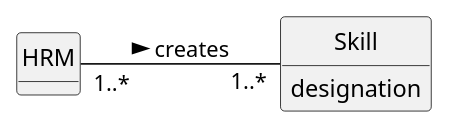
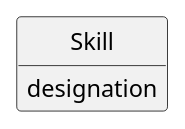
Before and after one commit to ricardomm7/leaflink: the diagram in docs/sprintB/us001/02.analysis/puml/us001-domain-model.puml, drawn with PlantUML. The commit also changed 7 other files, not shown here.

```diff
--- a/docs/sprintB/us001/02.analysis/puml/us001-domain-model.puml
+++ b/docs/sprintB/us001/02.analysis/puml/us001-domain-model.puml
@@ -1,21 +1,18 @@
 @startuml
 skinparam monochrome true
 skinparam packageStyle rectangle
 skinparam shadowing false
 
 left to right direction
 
 skinparam classAttributeIconSize 0
 
 hide circle
 hide methods
 
-class HRM {
 
-}
 class Skill {
     designation
 }
 
-HRM "1..*" -- "1..*" Skill : creates >
 @enduml
```
